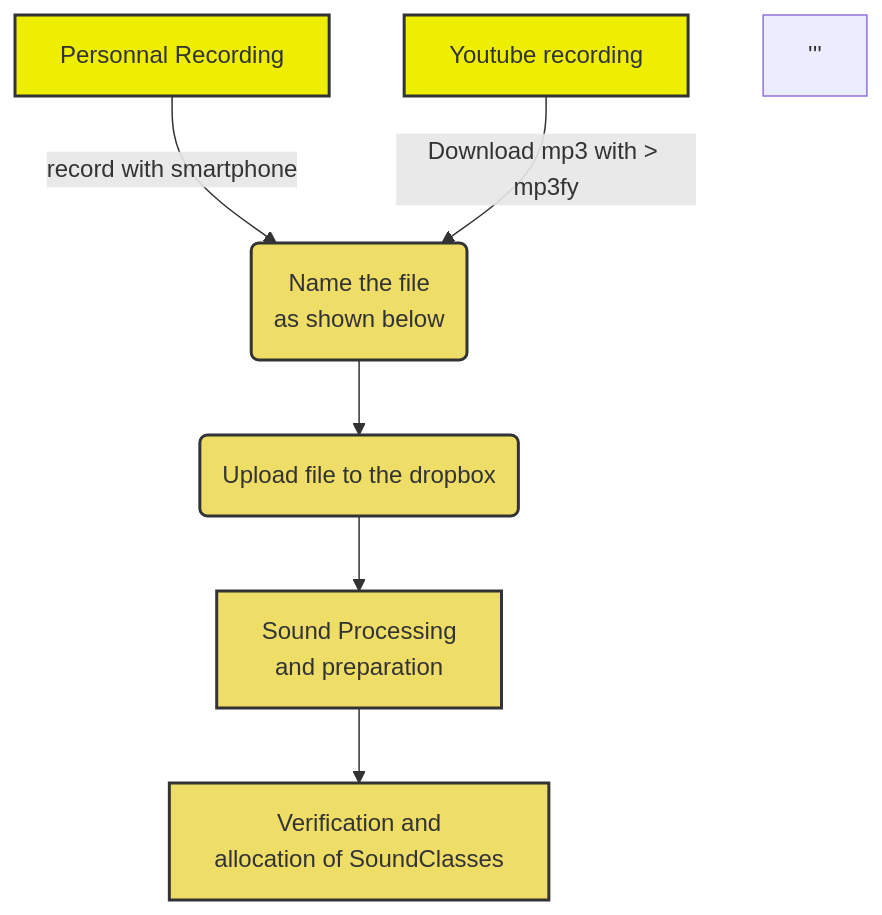
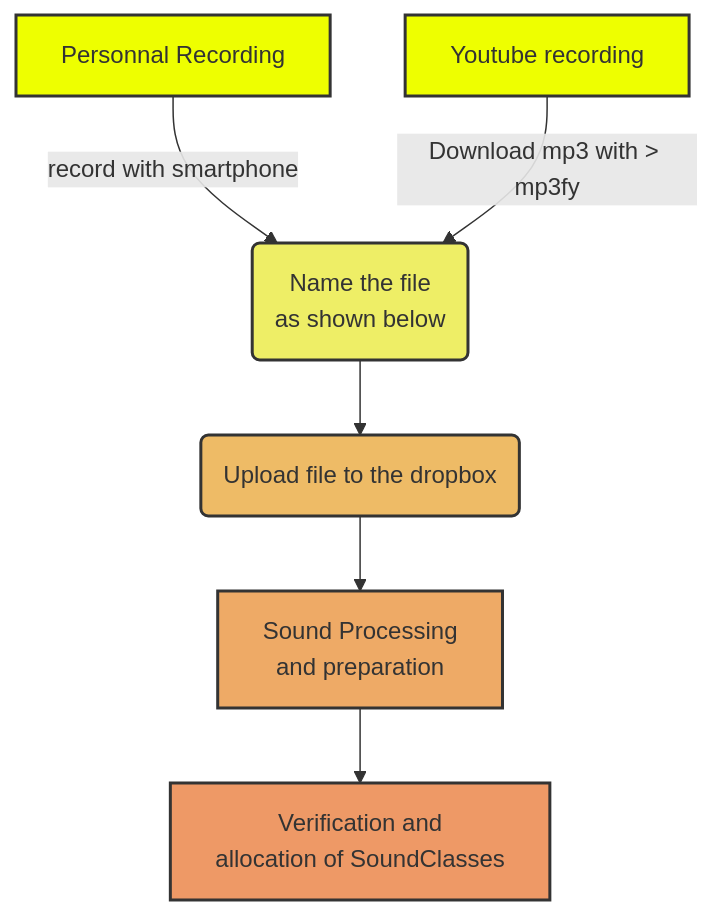
The diagram in README.md (FrogBoss74/RealCatTranslator), drawn with Mermaid before and after one commit. The commit also changed other lines of this file, not shown here.

Commit message:
README.md updated from https://stackedit.io/

````diff
--- a/README.md
+++ b/README.md
@@ -25,16 +25,15 @@
 ```mermaid
 
 graph TD
 A1[Personnal <span>Recording</span>] -->|record with smartphone| B(Name the file <br>as shown below</br>)
 A2[Youtube recording] -->|Download mp3 with > mp3fy| B
 B --> C(Upload file to the dropbox)
 C -->D1[Sound Processing <br>and preparation</br>]
 D1 -->D2[Verification and <br>allocation of SoundClasses</br>]
-style A1 fill:#ee0,stroke:#333,stroke-width:2px;
-style A2 fill:#ee0,stroke:#333,stroke-width:2px;
-style B fill:#ed6,stroke:#333,stroke-width:2px;
-style C fill:#ed6,stroke:#333,stroke-width:2px;
-style D1 fill:#ed6,stroke:#333,stroke-width:2px;
-style D2 fill:#ed6,stroke:#333,stroke-width:2px;
-'''
+style A1 fill:#ef0,stroke:#333,stroke-width:2px;
+style A2 fill:#ef0,stroke:#333,stroke-width:2px;
+style B fill:#ee6,stroke:#333,stroke-width:2px;
+style C fill:#eb6,stroke:#333,stroke-width:2px;
+style D1 fill:#ea6,stroke:#333,stroke-width:2px;
+style D2 fill:#e96,stroke:#333,stroke-width:2px;
 ```
````
